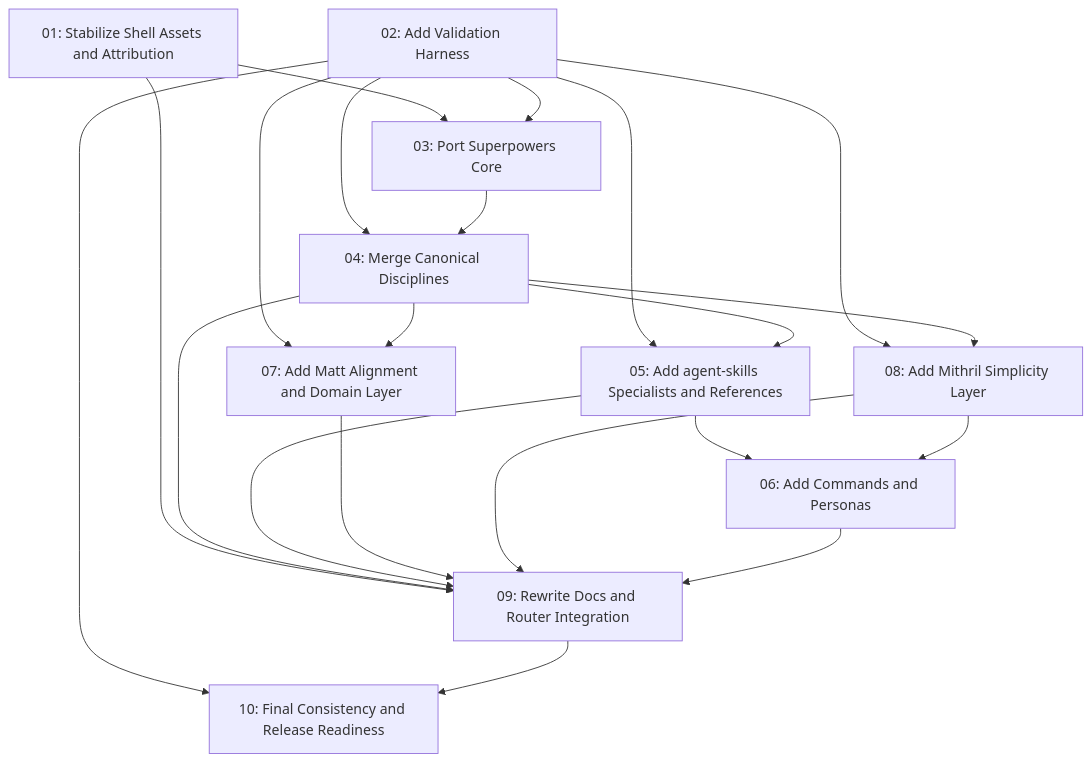
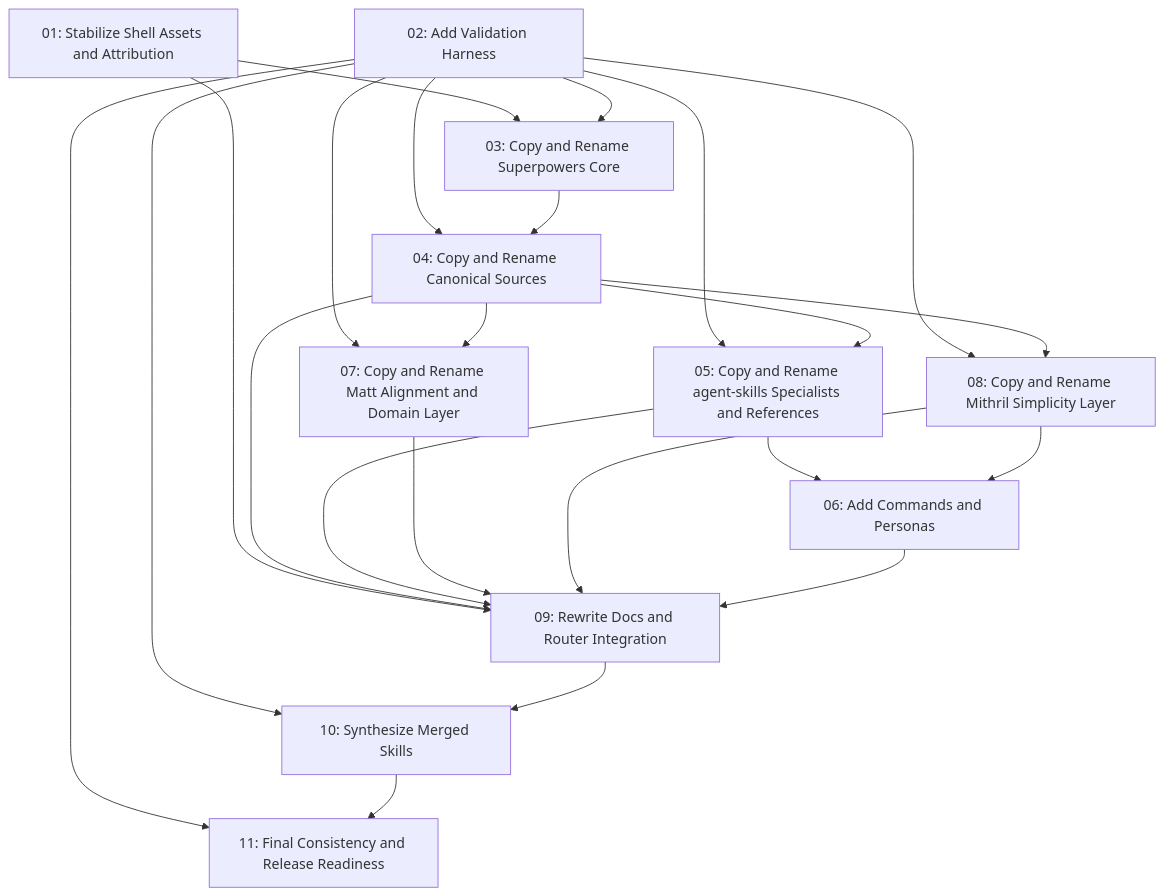
Before and after one commit to J03Fr0st/mithril: the diagram in docs/specs/2026-06-24-mithril-merge/README.md, drawn with Mermaid. The commit also changed other lines of this file and 113 other files, not shown here.

First line of the commit message:
feat: merge Mithril skill system

````diff
--- a/docs/specs/2026-06-24-mithril-merge/README.md
+++ b/docs/specs/2026-06-24-mithril-merge/README.md
@@ -17,33 +17,36 @@
 ```mermaid
 graph TD
     task01["01: Stabilize Shell Assets and Attribution"]
     task02["02: Add Validation Harness"]
-    task03["03: Port Superpowers Core"]
-    task04["04: Merge Canonical Disciplines"]
-    task05["05: Add agent-skills Specialists and References"]
+    task03["03: Copy and Rename Superpowers Core"]
+    task04["04: Copy and Rename Canonical Sources"]
+    task05["05: Copy and Rename agent-skills Specialists and References"]
     task06["06: Add Commands and Personas"]
-    task07["07: Add Matt Alignment and Domain Layer"]
-    task08["08: Add Mithril Simplicity Layer"]
+    task07["07: Copy and Rename Matt Alignment and Domain Layer"]
+    task08["08: Copy and Rename Mithril Simplicity Layer"]
     task09["09: Rewrite Docs and Router Integration"]
-    task10["10: Final Consistency and Release Readiness"]
+    task10["10: Synthesize Merged Skills"]
+    task11["11: Final Consistency and Release Readiness"]
     task01 --> task03
     task01 --> task09
     task02 --> task03
     task02 --> task04
     task02 --> task05
     task02 --> task07
     task02 --> task08
     task02 --> task10
+    task02 --> task11
     task03 --> task04
     task04 --> task05
     task04 --> task07
     task04 --> task08
     task04 --> task09
     task05 --> task06
     task05 --> task09
     task07 --> task09
     task08 --> task06
     task08 --> task09
     task06 --> task09
     task09 --> task10
+    task10 --> task11
 ```
````
